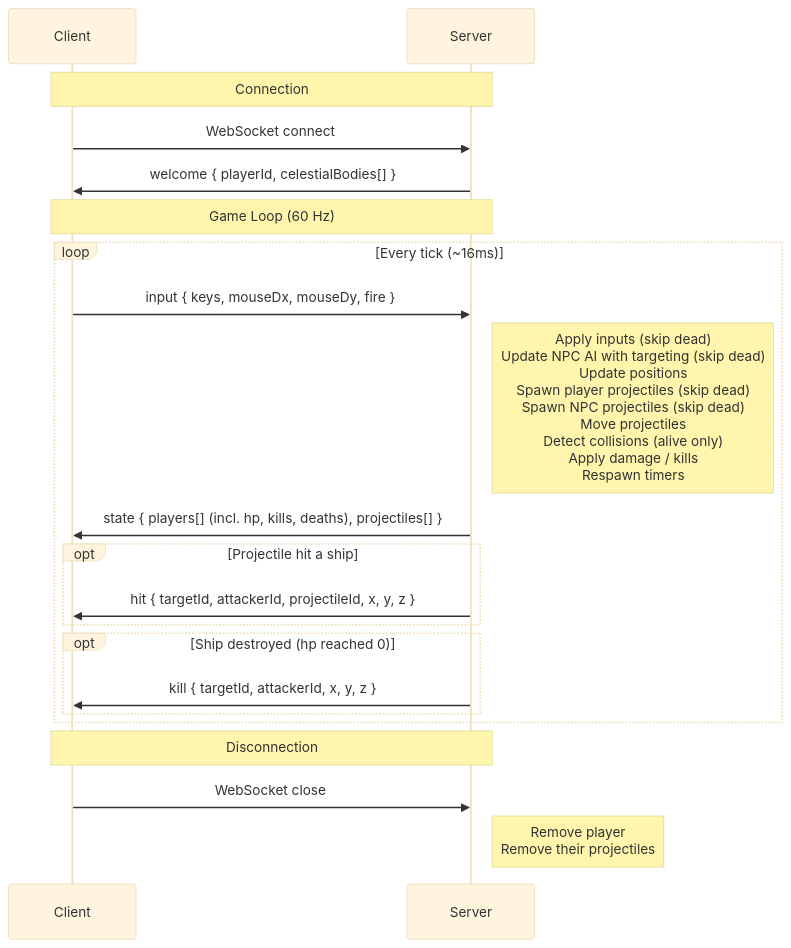
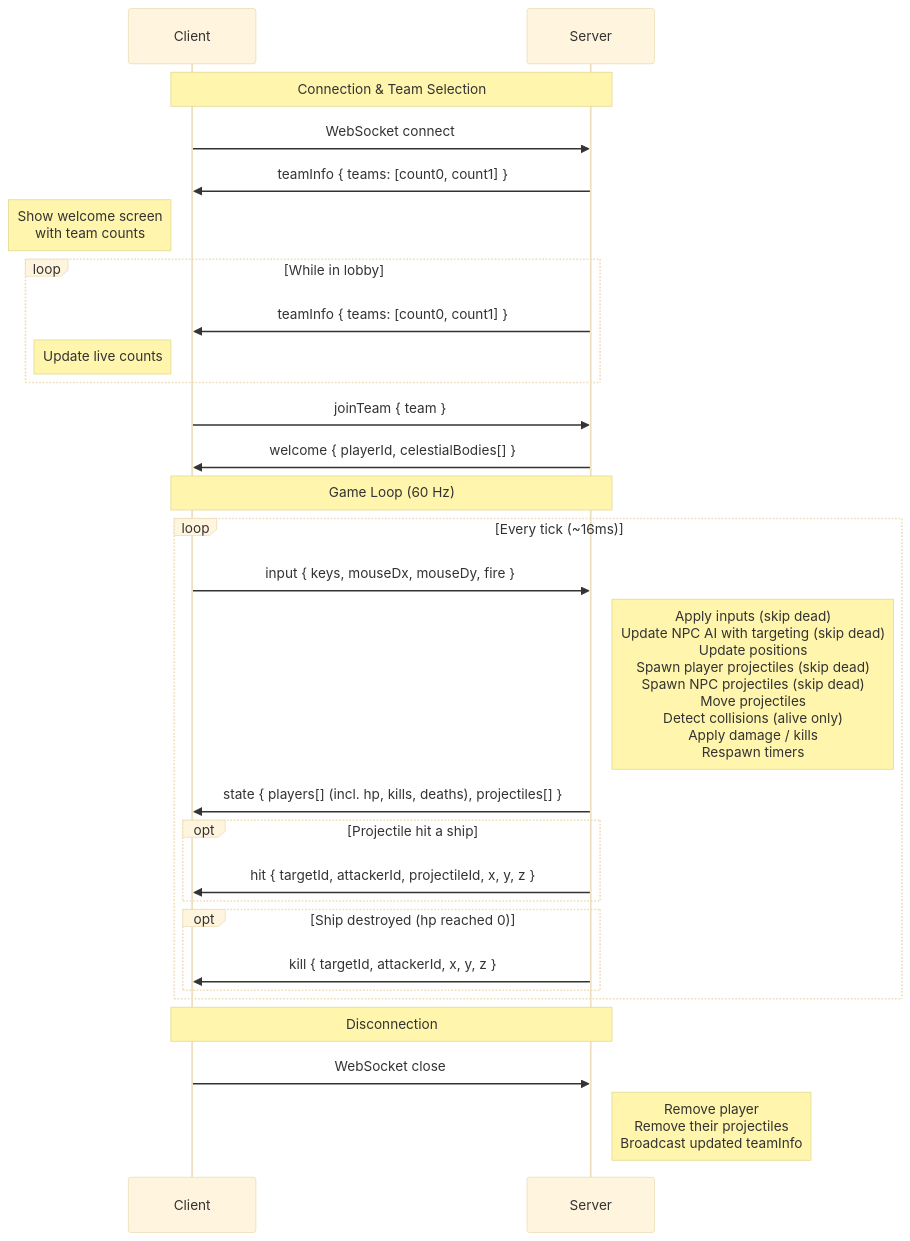
Before and after one commit to cscazorla/x-drift: the diagram in README.md, drawn with Mermaid (base theme). The commit also changed other lines of this file and 4 other files, not shown here.

Commit message:
Add player team selection on welcome screen with live team counts via lobby phase

````diff
--- a/README.md
+++ b/README.md
@@ -78,26 +79,33 @@
 ```mermaid
 sequenceDiagram
     participant C as Client
     participant S as Server
 
-    Note over C,S: Connection
+    Note over C,S: Connection & Team Selection
     C->>S: WebSocket connect
+    S->>C: teamInfo { teams: [count0, count1] }
+    Note left of C: Show welcome screen<br/>with team counts
+    loop While in lobby
+        S->>C: teamInfo { teams: [count0, count1] }
+        Note left of C: Update live counts
+    end
+    C->>S: joinTeam { team }
     S->>C: welcome { playerId, celestialBodies[] }
 
     Note over C,S: Game Loop (60 Hz)
     loop Every tick (~16ms)
         C->>S: input { keys, mouseDx, mouseDy, fire }
         Note right of S: Apply inputs (skip dead)<br/>Update NPC AI with targeting (skip dead)<br/>Update positions<br/>Spawn player projectiles (skip dead)<br/>Spawn NPC projectiles (skip dead)<br/>Move projectiles<br/>Detect collisions (alive only)<br/>Apply damage / kills<br/>Respawn timers
         S->>C: state { players[] (incl. hp, kills, deaths), projectiles[] }
         opt Projectile hit a ship
             S->>C: hit { targetId, attackerId, projectileId, x, y, z }
         end
         opt Ship destroyed (hp reached 0)
             S->>C: kill { targetId, attackerId, x, y, z }
         end
     end
 
     Note over C,S: Disconnection
     C->>S: WebSocket close
-    Note right of S: Remove player<br/>Remove their projectiles
+    Note right of S: Remove player<br/>Remove their projectiles<br/>Broadcast updated teamInfo
 ```
````
